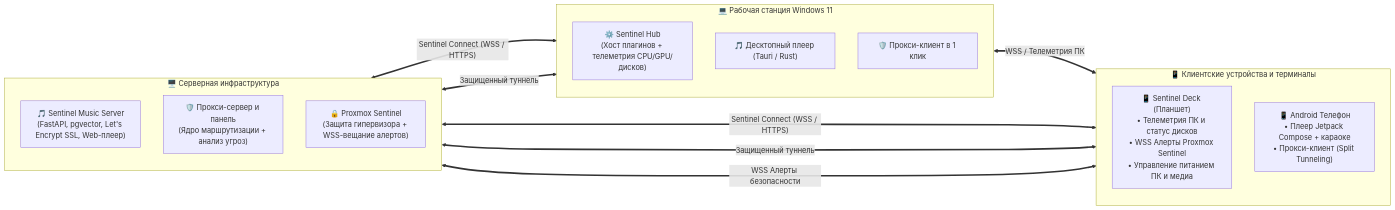
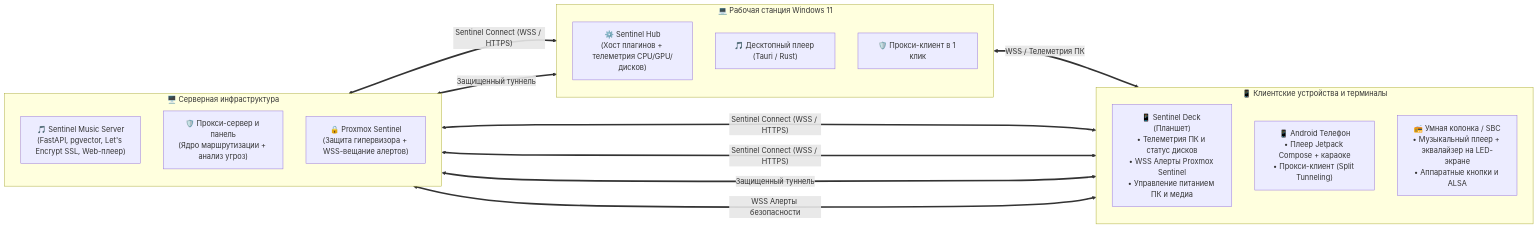
One commit to blackalex1/Sentinel-Ecosystem changed the diagram in README.md. Above: the diagram before and after it, drawn with Mermaid. The commit also changed other lines of this file, not shown here.

Commit message:
docs: restore smart speaker and SBC info under generic Sentinel Station branding

````diff
--- a/README.md
+++ b/README.md
@@ -72,29 +84,31 @@
 ```mermaid
 flowchart LR
     subgraph Server[" 🖥️ Серверная инфраструктура "]
         direction TB
         MusicServer["🎵 Sentinel Music Server<br/>(FastAPI, pgvector, Let's Encrypt SSL, Web-плеер)"]
         ProxyServer["🛡️ Прокси-сервер и панель<br/>(Ядро маршрутизации + анализ угроз)"]
         ProxmoxNode["🔒 Proxmox Sentinel<br/>(Защита гипервизора + WSS-вещание алертов)"]
     end
 
     subgraph Desktop[" 💻 Рабочая станция Windows 11 "]
         direction TB
         SentinelHub["⚙️ Sentinel Hub<br/>(Хост плагинов + телеметрия CPU/GPU/дисков)"]
         WindowsMusic["🎵 Десктопный плеер (Tauri / Rust)"]
         WindowsProxy["🛡️ Прокси-клиент в 1 клик"]
     end
 
     subgraph Devices[" 📱 Клиентские устройства и терминалы "]
         direction TB
         SentinelDeck["📱 Sentinel Deck (Планшет)<br/>• Телеметрия ПК и статус дисков<br/>• WSS Алерты Proxmox Sentinel<br/>• Управление питанием ПК и медиа"]
         AndroidApp["📱 Android Телефон<br/>• Плеер Jetpack Compose + караоке<br/>• Прокси-клиент (Split Tunneling)"]
+        StationApp["📻 Умная колонка / SBC<br/>• Музыкальный плеер + эквалайзер на LED-экране<br/>• Аппаратные кнопки и ALSA"]
     end
 
     MusicServer <== "Sentinel Connect (WSS / HTTPS)" ==> AndroidApp
     MusicServer <== "Sentinel Connect (WSS / HTTPS)" ==> WindowsMusic
+    MusicServer <== "Sentinel Connect (WSS / HTTPS)" ==> StationApp
     ProxyServer <== "Защищенный туннель" ==> AndroidApp
     ProxyServer <== "Защищенный туннель" ==> WindowsProxy
     SentinelHub <== "WSS / Телеметрия ПК" ==> SentinelDeck
     ProxmoxNode <== "WSS Алерты безопасности" ==> SentinelDeck
 ```
````
